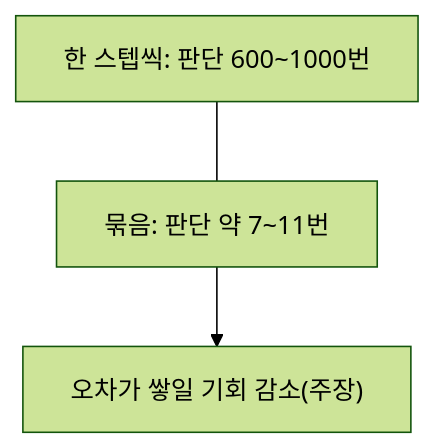
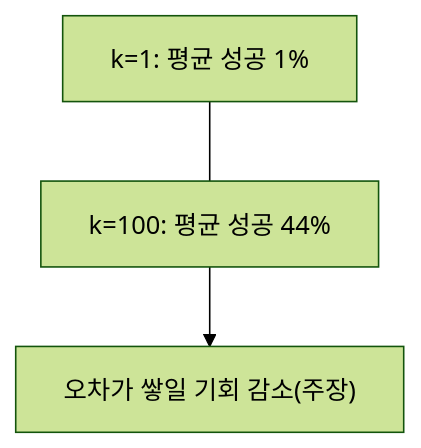
The second of 2 diagrams in articles/action-chunking.md (wjdgks7178/ai-mindmap), drawn with Mermaid (forest theme) before and after one commit. The commit also changed other lines of this file and 3 other files, not shown here.

````diff
--- a/articles/action-chunking.md
+++ b/articles/action-chunking.md
@@ -23,5 +24,5 @@
 ```mermaid
 flowchart TD
-  S["한 스텝씩: 판단 600~1000번"] --- K["묶음: 판단 약 7~11번"]
+  S["k=1: 평균 성공 1%"] --- K["k=100: 평균 성공 44%"]
   K --> E["오차가 쌓일 기회 감소(주장)"]
 ```
````
